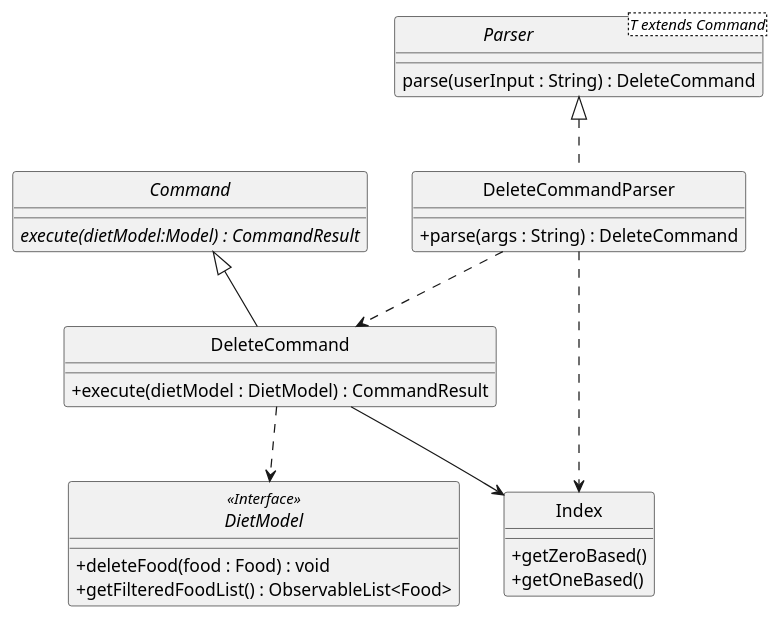
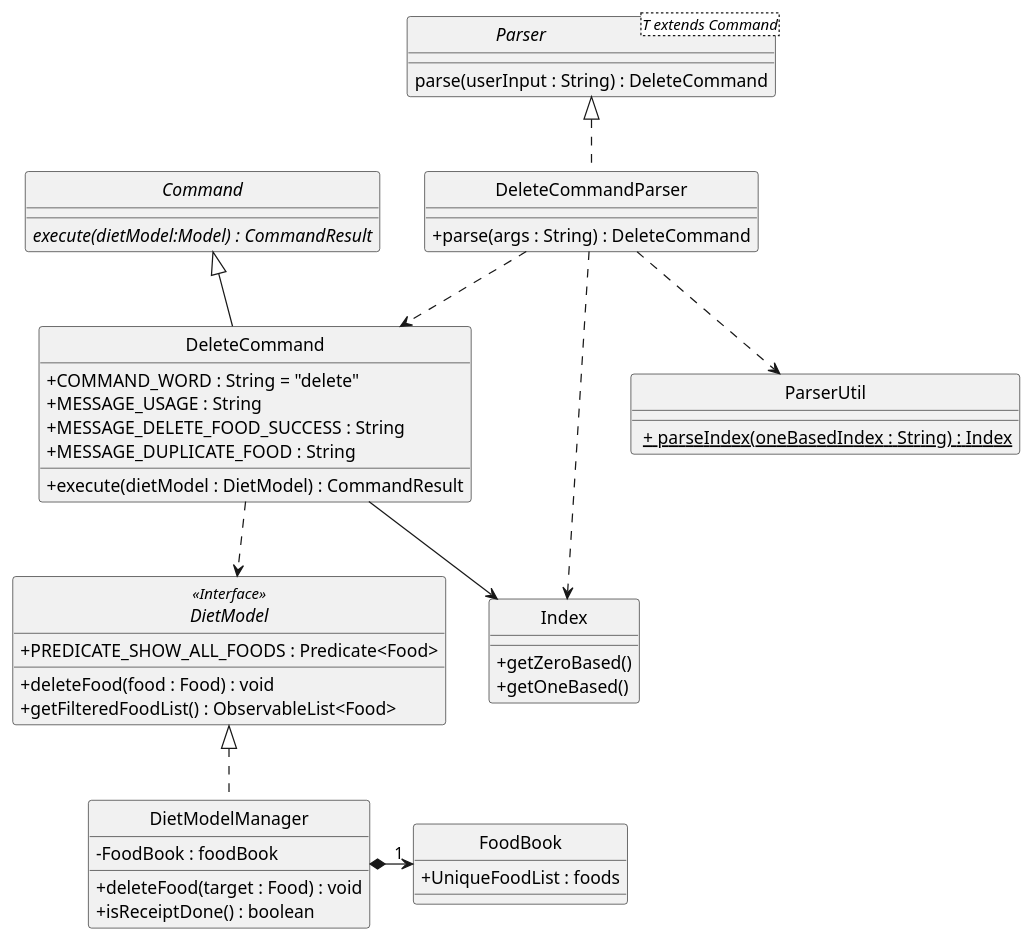
Before and after one commit to nus-cs2103-AY1920S2/addressbook-level3: the diagram in docs/diagrams/DietTrackerDeleteCommandClassDiagram.puml, drawn with PlantUML. The commit also changed 3 other files, not shown here.

Commit message:
Update class diagrams

```diff
--- a/docs/diagrams/DietTrackerDeleteCommandClassDiagram.puml
+++ b/docs/diagrams/DietTrackerDeleteCommandClassDiagram.puml
@@ -1,48 +1,73 @@
 @startuml
 /' @author @akhilvuputuri'/
 /' Got inspiration and adapted
 from https://github.com/AY1920S2-CS2103T-W12-1/main/blob/master/docs/images/DeliveredClassDiagram.png '/
 
 skinparam backgroundColor #ffffff
 skinparam classAttributeIconSize 0
 hide circle
 
 
 class DeleteCommandParser implements Parser {
     /' Methods '/
     + parse(args : String) : DeleteCommand
 }
 
 interface Parser<T extends Command> {
     parse(userInput : String) : DeleteCommand
 }
 
 abstract class Command {
     {abstract} execute(dietModel:Model) : CommandResult
 }
 
 class DeleteCommand extends Command {
     /' Fields '/
+    + COMMAND_WORD : String = "delete"
+    + MESSAGE_USAGE : String
+    + MESSAGE_DELETE_FOOD_SUCCESS : String
+    + MESSAGE_DUPLICATE_FOOD : String
 
     /' Methods '/
     + execute(dietModel : DietModel) : CommandResult
 
 }
 
 interface DietModel <<Interface>> {
+    + PREDICATE_SHOW_ALL_FOODS : Predicate<Food>
+
     + deleteFood(food : Food) : void
     + getFilteredFoodList() : ObservableList<Food>
 }
 
 class Index {
     + getZeroBased()
     + getOneBased()
 }
 
+class ParserUtil {
+    <u> + parseIndex(oneBasedIndex : String) : Index
+
+}
+
+class DietModelManager implements DietModel {
+    /' Fields '/
+    - FoodBook : foodBook
+
+    /' Methods '/
+    + deleteFood(target : Food) : void
+    + isReceiptDone() : boolean
+}
+
+class FoodBook {
+    + UniqueFoodList : foods
+}
 
 DeleteCommandParser ..> DeleteCommand
+DeleteCommandParser ..> ParserUtil
 DeleteCommand ..> DietModel
 DeleteCommandParser ..> Index
 DeleteCommand --> Index
+DietModelManager *-right->"1" FoodBook
 
 @enduml
```
